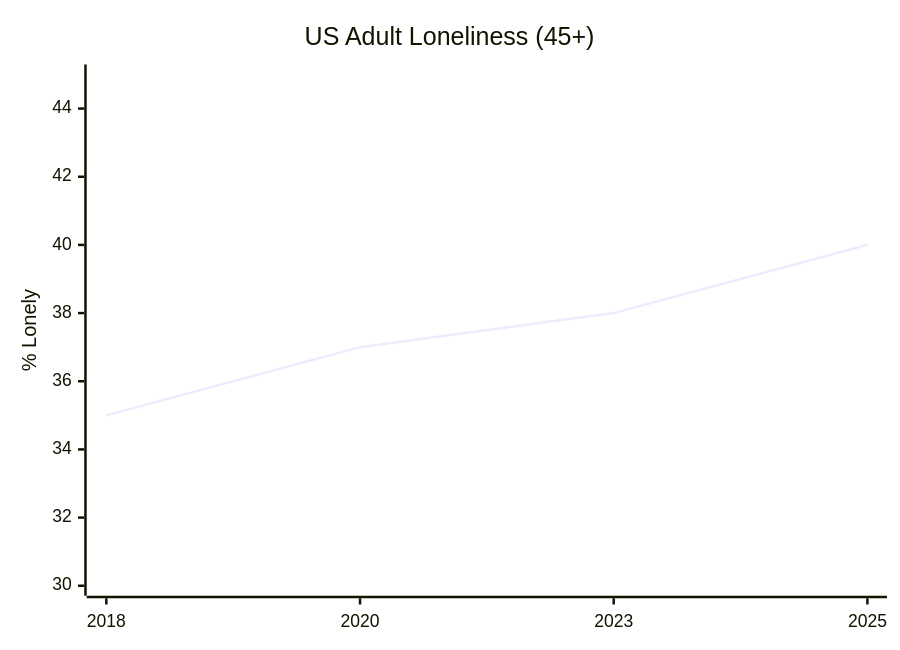
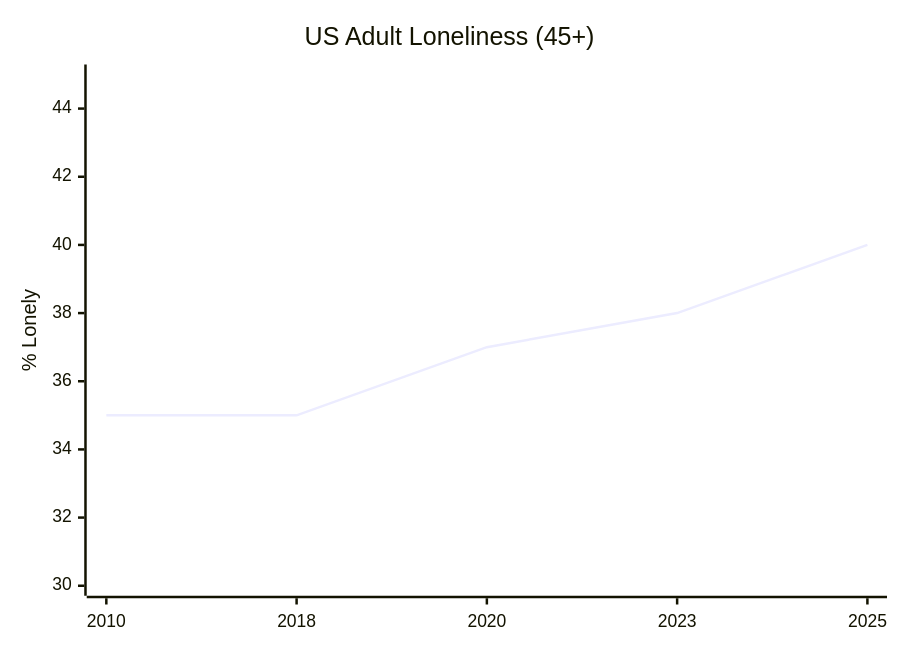
One commit to pasky/grand-endeavors changed the fourth of 5 diagrams in pilot-2025/society-cohesion.md. Above: the diagram before and after it, drawn with Mermaid. The commit also changed other lines of this file, not shown here.

````diff
--- a/pilot-2025/society-cohesion.md
+++ b/pilot-2025/society-cohesion.md
@@ -140,7 +157,7 @@
 ```mermaid
 xychart-beta
     title "US Adult Loneliness (45+)"
-    x-axis [2018, 2020, 2023, 2025]
+    x-axis [2010, 2018, 2020, 2023, 2025]
     y-axis "% Lonely" 30 --> 45
-    line [35, 37, 38, 40]
+    line [35, 35, 37, 38, 40]
 ```
````
